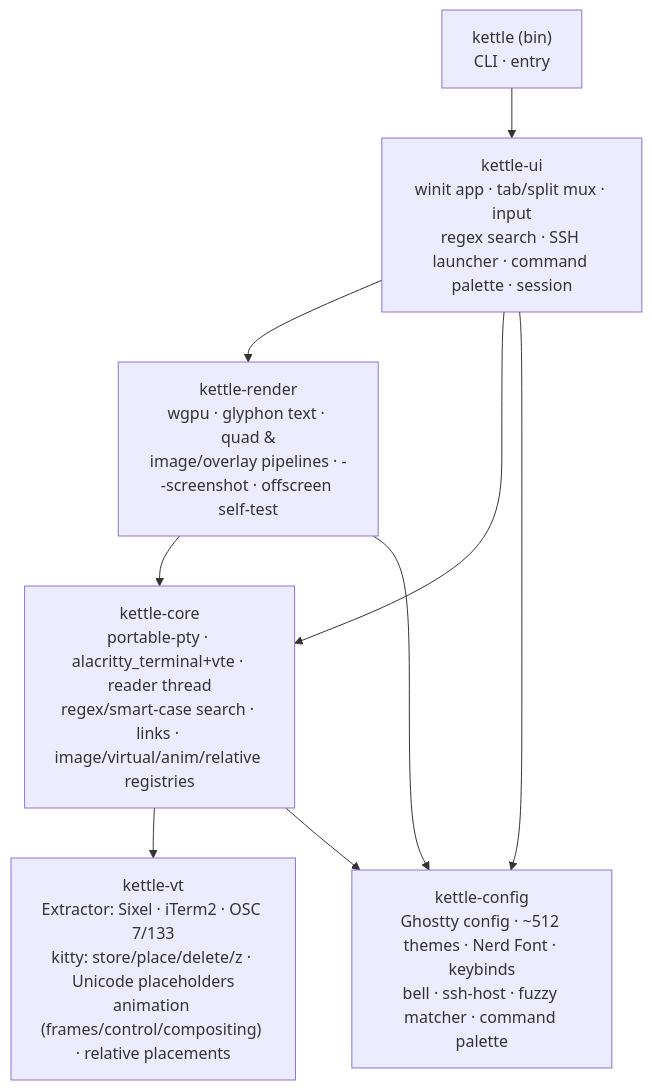
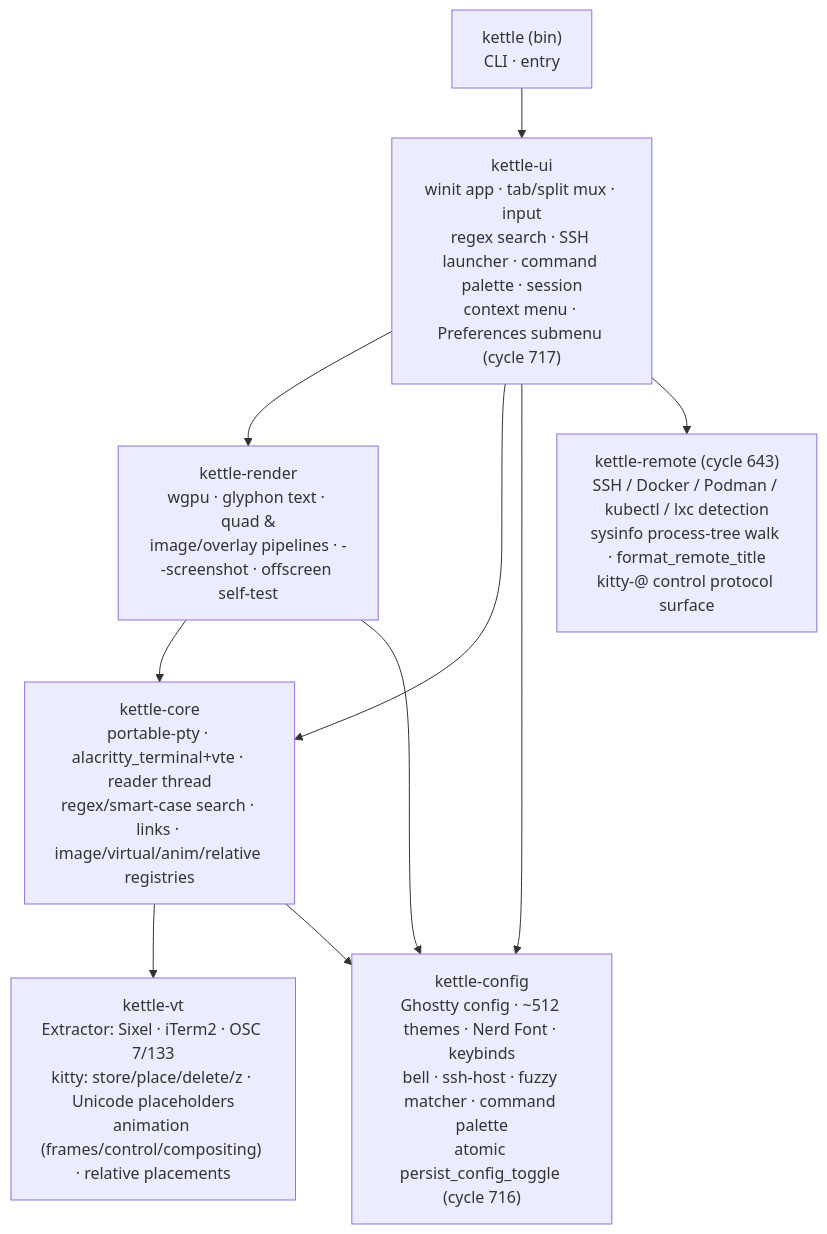
Before and after one commit to Reddimus/kettle: the first of 7 diagrams in docs/ARCHITECTURE.md, drawn with Mermaid. The commit also changed 8 other files, not shown here.

````diff
--- a/docs/ARCHITECTURE.md
+++ b/docs/ARCHITECTURE.md
@@ -10,13 +10,15 @@
 ```mermaid
 graph TD
     bin["kettle (bin)<br/>CLI · entry"] --> ui
-    ui["kettle-ui<br/>winit app · tab/split mux · input<br/>regex search · SSH launcher · command palette · session"] --> render
+    ui["kettle-ui<br/>winit app · tab/split mux · input<br/>regex search · SSH launcher · command palette · session<br/>context menu · Preferences submenu (cycle 717)"] --> render
     ui --> core
     ui --> cfg
+    ui --> remote
     render["kettle-render<br/>wgpu · glyphon text · quad &<br/>image/overlay pipelines · --screenshot · offscreen self-test"] --> core
     render --> cfg
     core["kettle-core<br/>portable-pty · alacritty_terminal+vte · reader thread<br/>regex/smart-case search · links · image/virtual/anim/relative registries"] --> vt
     core --> cfg
-    cfg["kettle-config<br/>Ghostty config · ~512 themes · Nerd Font · keybinds<br/>bell · ssh-host · fuzzy matcher · command palette"]
+    cfg["kettle-config<br/>Ghostty config · ~512 themes · Nerd Font · keybinds<br/>bell · ssh-host · fuzzy matcher · command palette<br/>atomic persist_config_toggle (cycle 716)"]
     vt["kettle-vt<br/>Extractor: Sixel · iTerm2 · OSC 7/133<br/>kitty: store/place/delete/z · Unicode placeholders<br/>animation (frames/control/compositing) · relative placements"]
+    remote["kettle-remote (cycle 643)<br/>SSH / Docker / Podman / kubectl / lxc detection<br/>sysinfo process-tree walk · format_remote_title<br/>kitty-@ control protocol surface"]
 ```
````
